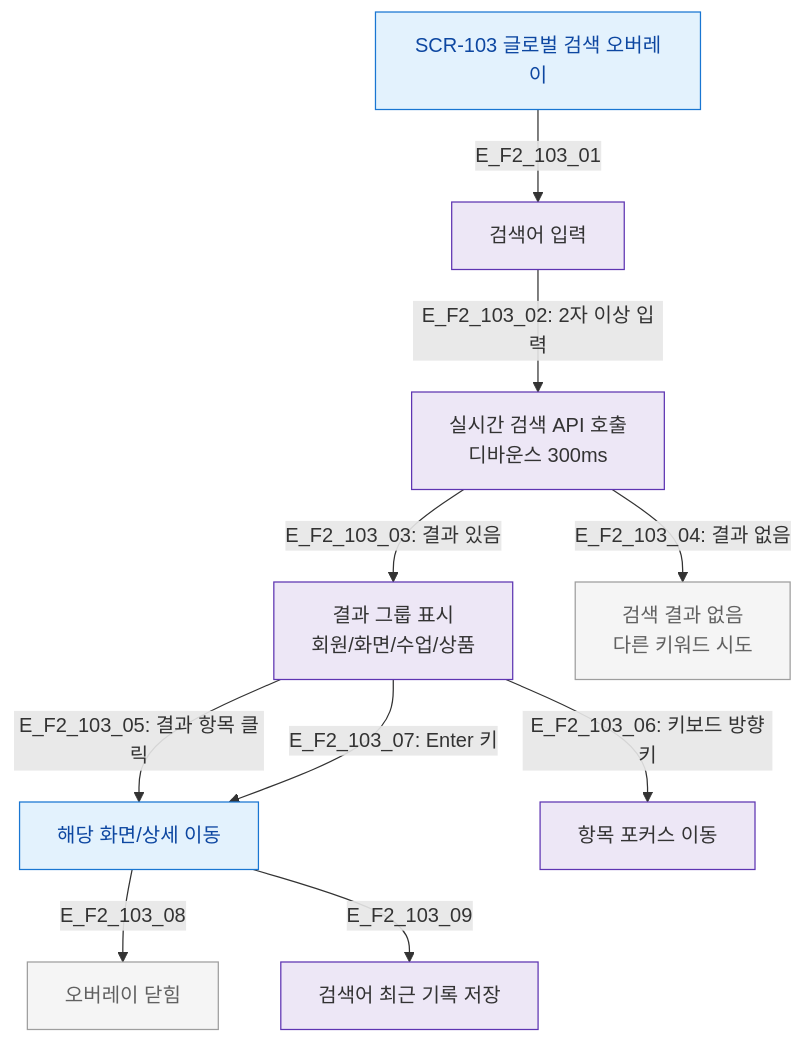
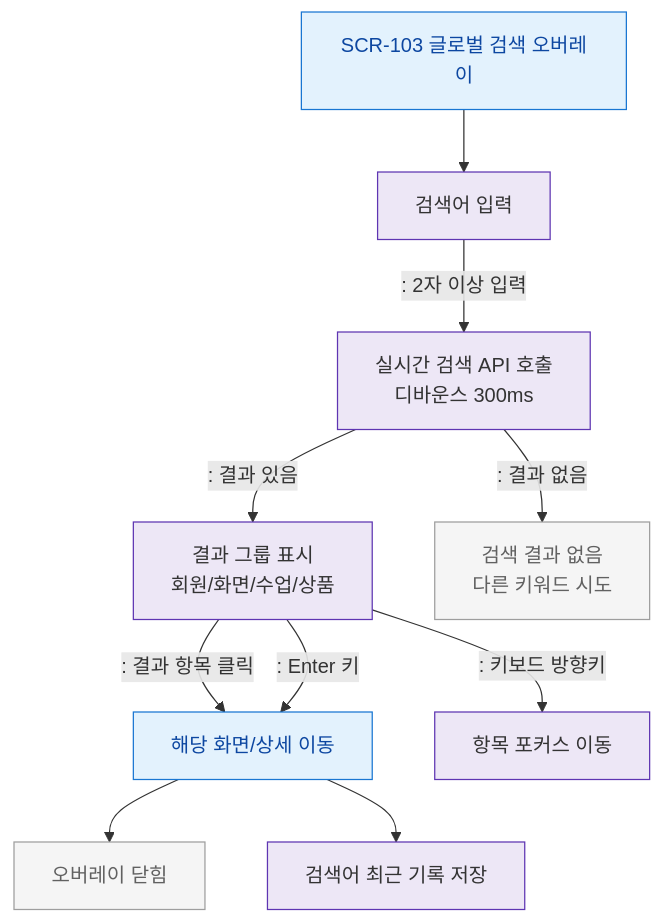
The diagram in docs/다이어그램/D01_공통/SCR-103_글로벌검색/F2_메인.md (dev-spogym/admin-pando), drawn with Mermaid before and after one commit. The commit also changed other lines of this file and 1660 other files, not shown here.

First line of the commit message:
다이어그램: 기획자/클라이언트 납품본으로 정리

````diff
--- a/docs/다이어그램/D01_공통/SCR-103_글로벌검색/F2_메인.md
+++ b/docs/다이어그램/D01_공통/SCR-103_글로벌검색/F2_메인.md
@@ -19,22 +17,22 @@
 ```mermaid
 flowchart TD
-    SCR_103[SCR-103 글로벌 검색 오버레이] -->|E_F2_103_01| INPUT[검색어 입력]
+    SCR_103[SCR-103 글로벌 검색 오버레이] --> INPUT[검색어 입력]
 
-    INPUT -->|"E_F2_103_02: 2자 이상 입력"| SEARCH[실시간 검색 API 호출\n디바운스 300ms]
-    SEARCH -->|"E_F2_103_03: 결과 있음"| RESULTS[결과 그룹 표시\n회원/화면/수업/상품]
-    SEARCH -->|"E_F2_103_04: 결과 없음"| EMPTY[검색 결과 없음\n다른 키워드 시도]
+    INPUT -->|": 2자 이상 입력"|SEARCH[실시간 검색 API 호출\n디바운스 300ms]
+    SEARCH -->|": 결과 있음"|RESULTS[결과 그룹 표시\n회원/화면/수업/상품]
+    SEARCH -->|": 결과 없음"|EMPTY[검색 결과 없음\n다른 키워드 시도]
 
-    RESULTS -->|"E_F2_103_05: 결과 항목 클릭"| NAV[해당 화면/상세 이동]
-    RESULTS -->|"E_F2_103_06: 키보드 방향키"| HIGHLIGHT[항목 포커스 이동]
-    RESULTS -->|"E_F2_103_07: Enter 키"| NAV
+    RESULTS -->|": 결과 항목 클릭"|NAV[해당 화면/상세 이동]
+    RESULTS -->|": 키보드 방향키"|HIGHLIGHT[항목 포커스 이동]
+    RESULTS -->|": Enter 키"|NAV
 
-    NAV -->|E_F2_103_08| CLOSE[오버레이 닫힘]
-    NAV -->|E_F2_103_09| HISTORY[검색어 최근 기록 저장]
+    NAV --> CLOSE[오버레이 닫힘]
+    NAV --> HISTORY[검색어 최근 기록 저장]
 
-    classDef screen      fill:#E3F2FD,stroke:#1976D2,color:#0D47A1
-    classDef system      fill:#EDE7F6,stroke:#5E35B2
+    classDef screen fill:#E3F2FD,stroke:#1976D2,color:#0D47A1
+    classDef system fill:#EDE7F6,stroke:#5E35B2
     classDef rbacBlocked fill:#F5F5F5,stroke:#9E9E9E,color:#616161
     class SCR_103,NAV screen
     class INPUT,SEARCH,RESULTS,HIGHLIGHT,HISTORY system
     class EMPTY,CLOSE rbacBlocked
 ```
````
